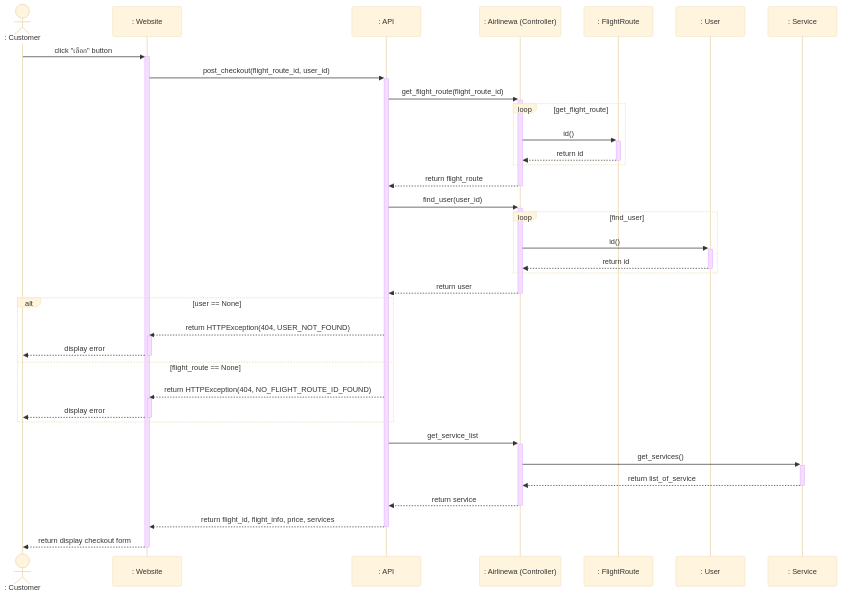
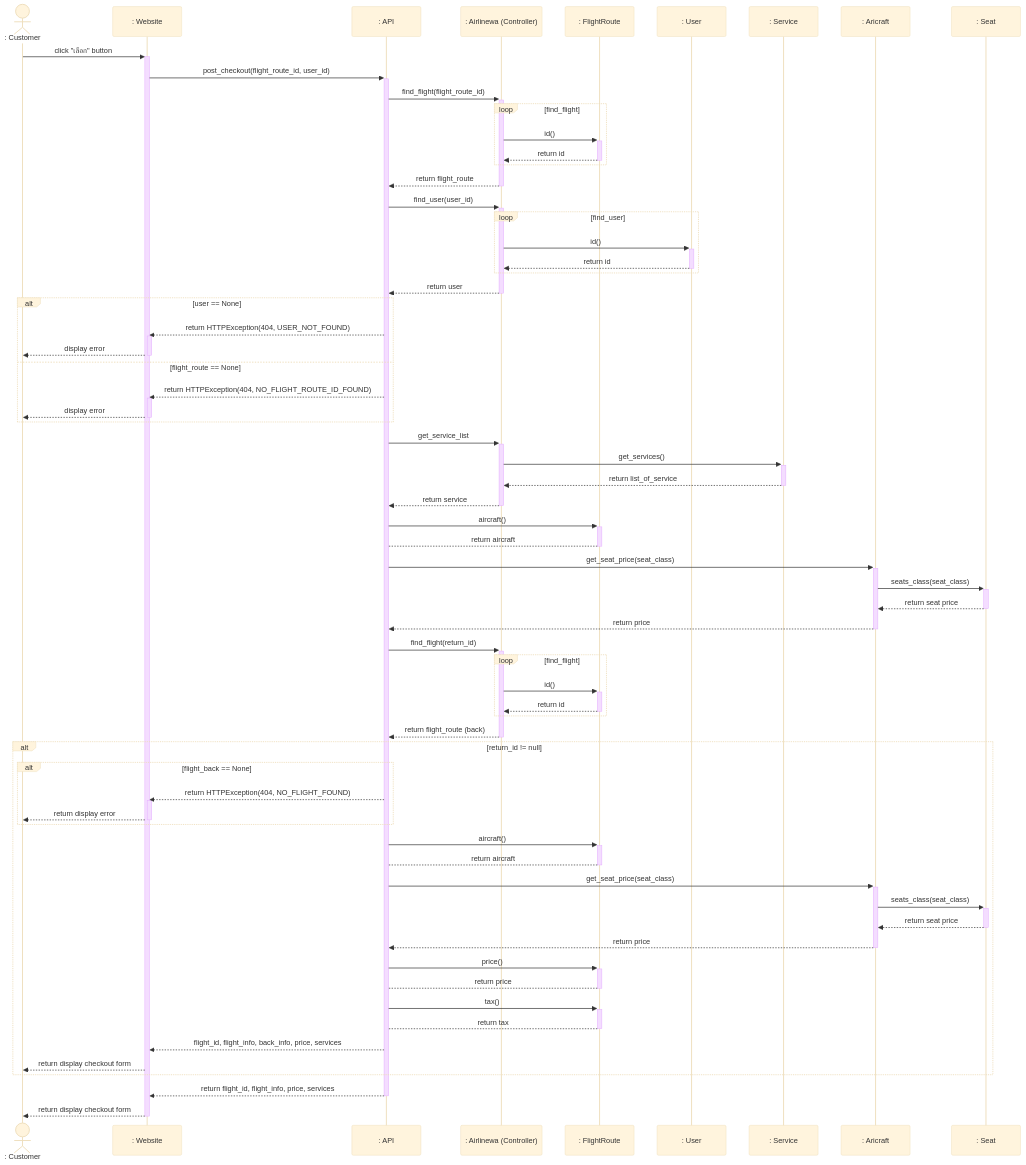
Before and after one commit to whyzotee/airlinewa: the diagram in diagram/checkout.mmd, drawn with Mermaid. The commit also changed 3 other files, not shown here.

Commit message:
feat: sequence diagram

```diff
--- a/diagram/checkout.mmd
+++ b/diagram/checkout.mmd
@@ -1,45 +1,81 @@
 ---
 config:
   theme: base
 ---
 sequenceDiagram
     actor customer as : Customer
     participant ui as : Website
     participant api as : API
     participant airlinewa as : Airlinewa (Controller)
     participant f_route as : FlightRoute
     participant user as : User
     participant service as : Service
+    participant air as : Aricraft
+    participant seat as : Seat
 
     customer ->>+ ui: click "เลือก" button
     ui ->>+ api: post_checkout(flight_route_id, user_id)
-    api ->>+ airlinewa: get_flight_route(flight_route_id)
-    loop get_flight_route
+    api ->>+ airlinewa: find_flight(flight_route_id)
+    loop find_flight
         airlinewa ->>+ f_route: id()
         f_route -->>- airlinewa: return id
     end
     airlinewa -->>- api: return flight_route
     api ->>+ airlinewa: find_user(user_id)
     loop find_user
         airlinewa ->>+ user: id()
         user -->>- airlinewa: return id
     end
     airlinewa -->>- api: return user
 
     alt user == None
         api -->>+ ui: return HTTPException(404, USER_NOT_FOUND)
         ui -->>- customer: display error
     else flight_route == None
        api -->>+ ui: return HTTPException(404, NO_FLIGHT_ROUTE_ID_FOUND)
        ui -->>- customer: display error
     end
 
     api ->>+ airlinewa: get_service_list
     airlinewa ->>+ service: get_services()
     service -->>- airlinewa: return list_of_service
     airlinewa -->>- api: return service
 
+    api ->>+ f_route: aircraft()
+    f_route -->- api: return aircraft
+    api ->>+ air: get_seat_price(seat_class)
+    air ->>+ seat: seats_class(seat_class)
+    seat -->>- air: return seat price
+    air -->>- api: return price
+
+    api ->>+ airlinewa: find_flight(return_id)
+    loop find_flight
+        airlinewa ->>+ f_route: id()
+        f_route -->>- airlinewa: return id
+    end
+    airlinewa -->>- api: return flight_route (back)
+
+    alt return_id != null
+        alt flight_back == None
+            api -->>+ ui: return HTTPException(404, NO_FLIGHT_FOUND)
+            ui -->>- customer: return display error
+        end
+
+        api ->>+ f_route: aircraft()
+        f_route -->- api: return aircraft
+        api ->>+ air: get_seat_price(seat_class)
+        air ->>+ seat: seats_class(seat_class)
+        seat -->>- air: return seat price
+        air -->>- api: return price
+        api ->>+ f_route: price()
+        f_route -->- api: return price
+        api ->>+ f_route: tax()
+        f_route -->- api: return tax
+
+        api -->> ui: flight_id, flight_info, back_info, price, services
+        ui -->> customer: return display checkout form
+    end
 
     api -->>- ui: return flight_id, flight_info, price, services
 
     ui -->>- customer: return display checkout form
```
